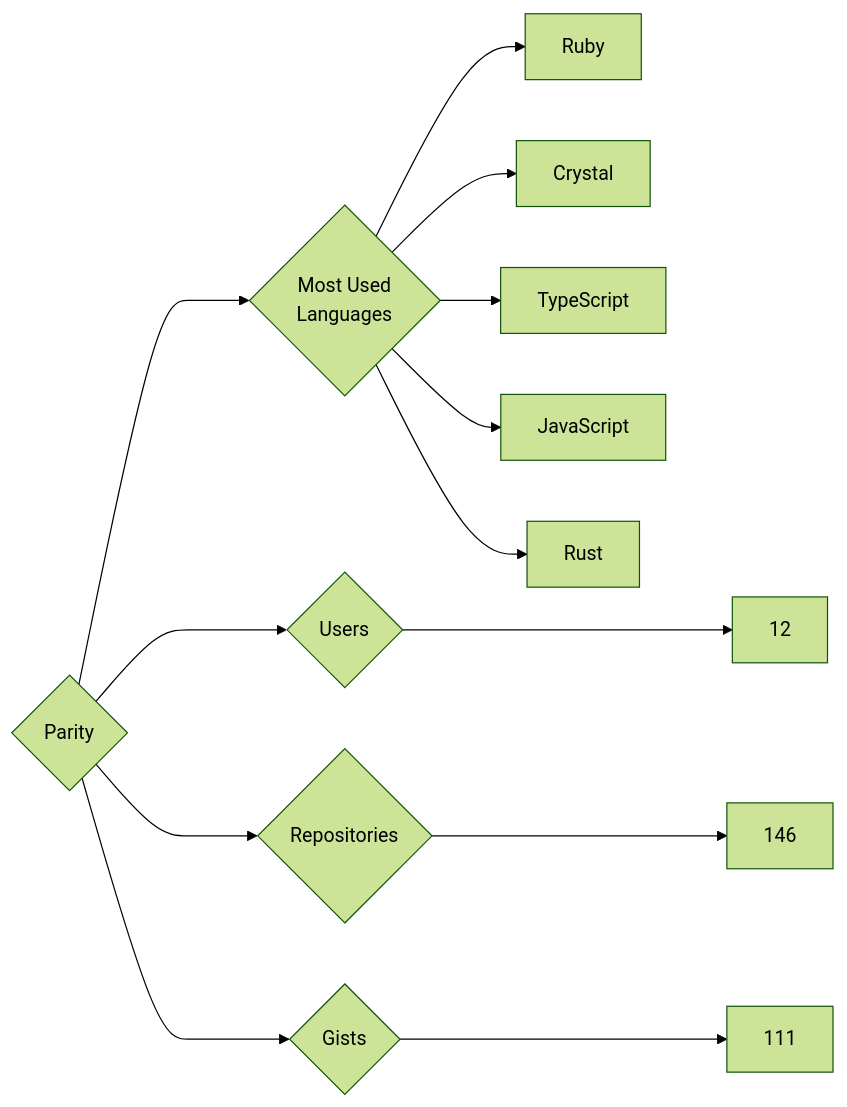
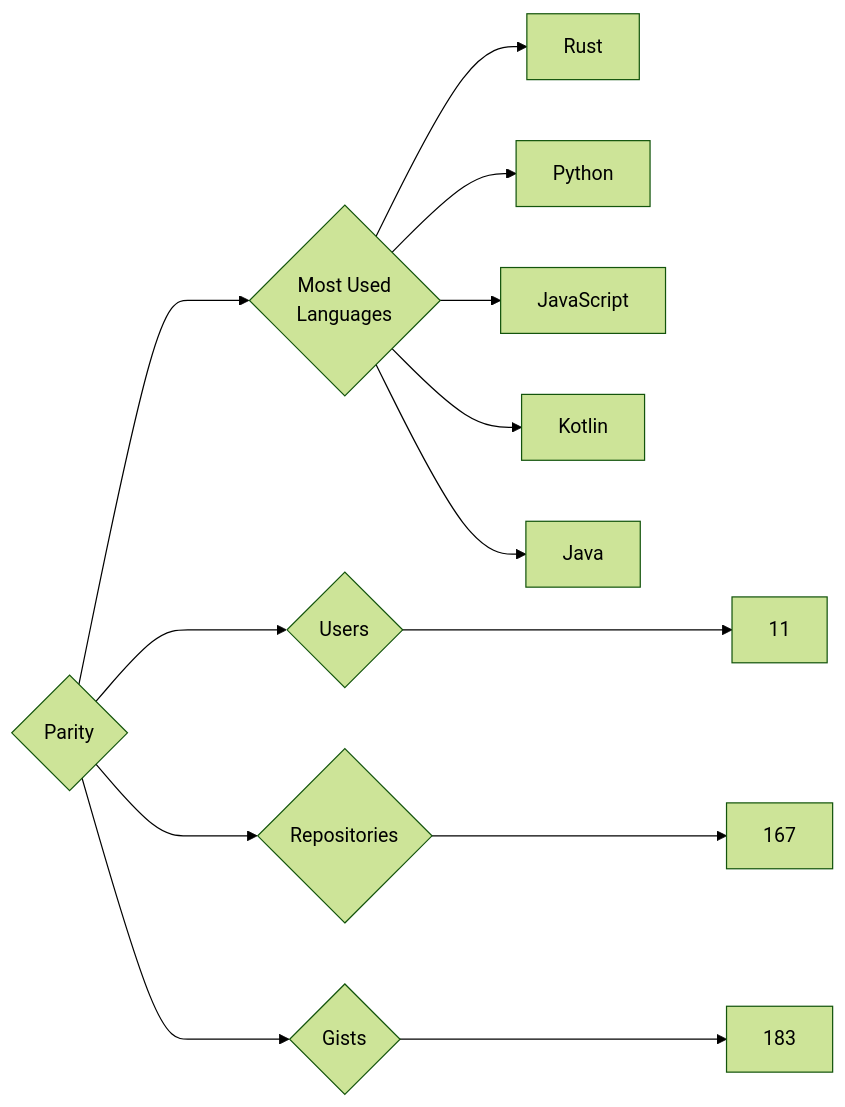
Before and after one commit to trickest/insiders: the diagram in targets/Parity/README.md, drawn with Mermaid (forest theme). The commit also changed 835 other files, not shown here.

````diff
--- a/targets/Parity/README.md
+++ b/targets/Parity/README.md
@@ -3,13 +3,13 @@
 ```mermaid
 graph LR
 COMPANY_NAME{Parity}
-COMPANY_NAME ---> U{Users} ---> UN[12]
-COMPANY_NAME ---> R{Repositories} ---> RN[146]
-COMPANY_NAME ---> G{Gists} ---> GN[111]
+COMPANY_NAME ---> U{Users} ---> UN[11]
+COMPANY_NAME ---> R{Repositories} ---> RN[167]
+COMPANY_NAME ---> G{Gists} ---> GN[183]
 COMPANY_NAME ---> ML{Most Used<br>Languages}
-ML --> Ruby[Ruby]
-ML --> Crystal[Crystal]
-ML --> TypeScript[TypeScript]
+ML --> Rust[Rust]
+ML --> Python[Python]
 ML --> JavaScript[JavaScript]
-ML --> Rust[Rust]
+ML --> Kotlin[Kotlin]
+ML --> Java[Java]
 ```
````
